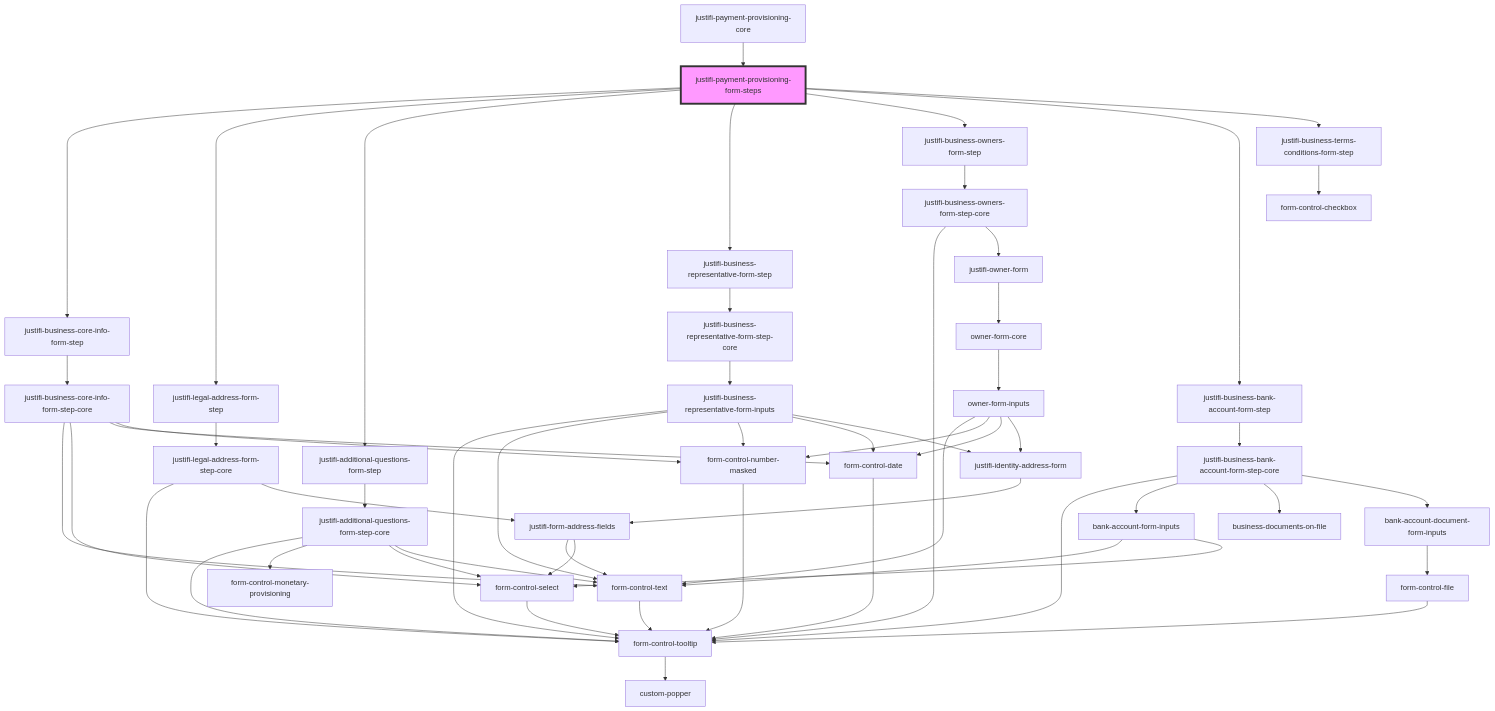
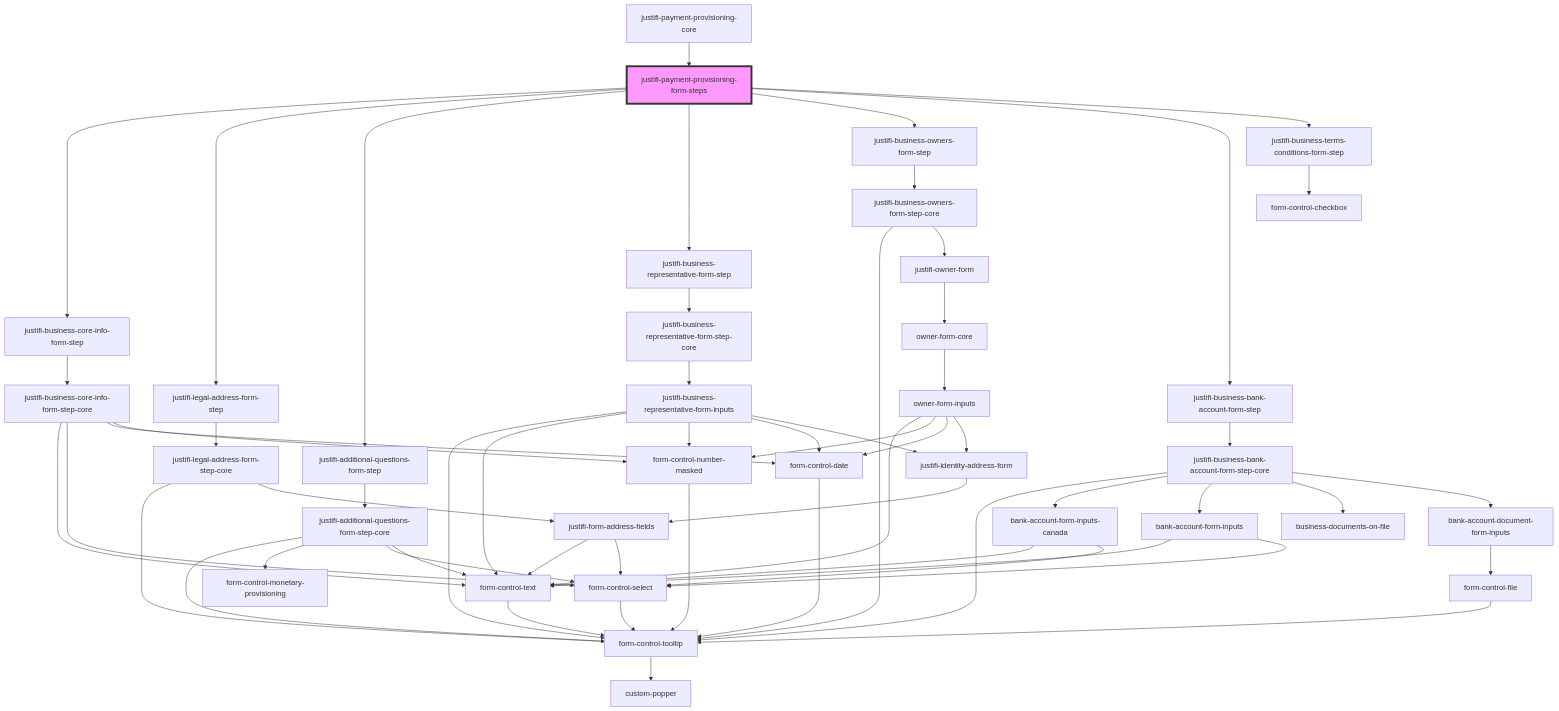
The diagram in packages/webcomponents/src/components/business-forms/payment-provisioning/readme.md (justifi-tech/web-component-library), drawn with Mermaid before and after one commit. The commit also changed 4 other files, not shown here.

Commit message:
refactor(payment-provisioning): enhance bank account schemas by adding country property and updating validation rules for optional fields

````diff
--- a/packages/webcomponents/src/components/business-forms/payment-provisioning/readme.md
+++ b/packages/webcomponents/src/components/business-forms/payment-provisioning/readme.md
@@ -36,59 +36,62 @@
 ```mermaid
 graph TD;
   justifi-payment-provisioning-form-steps --> justifi-business-core-info-form-step
   justifi-payment-provisioning-form-steps --> justifi-legal-address-form-step
   justifi-payment-provisioning-form-steps --> justifi-additional-questions-form-step
   justifi-payment-provisioning-form-steps --> justifi-business-representative-form-step
   justifi-payment-provisioning-form-steps --> justifi-business-owners-form-step
   justifi-payment-provisioning-form-steps --> justifi-business-bank-account-form-step
   justifi-payment-provisioning-form-steps --> justifi-business-terms-conditions-form-step
   justifi-business-core-info-form-step --> justifi-business-core-info-form-step-core
   justifi-business-core-info-form-step-core --> form-control-text
   justifi-business-core-info-form-step-core --> form-control-select
   justifi-business-core-info-form-step-core --> form-control-date
   justifi-business-core-info-form-step-core --> form-control-number-masked
   form-control-text --> form-control-tooltip
   form-control-tooltip --> custom-popper
   form-control-select --> form-control-tooltip
   form-control-date --> form-control-tooltip
   form-control-number-masked --> form-control-tooltip
   justifi-legal-address-form-step --> justifi-legal-address-form-step-core
   justifi-legal-address-form-step-core --> form-control-tooltip
   justifi-legal-address-form-step-core --> justifi-form-address-fields
   justifi-form-address-fields --> form-control-text
   justifi-form-address-fields --> form-control-select
   justifi-additional-questions-form-step --> justifi-additional-questions-form-step-core
   justifi-additional-questions-form-step-core --> form-control-tooltip
   justifi-additional-questions-form-step-core --> form-control-monetary-provisioning
   justifi-additional-questions-form-step-core --> form-control-select
   justifi-additional-questions-form-step-core --> form-control-text
   justifi-business-representative-form-step --> justifi-business-representative-form-step-core
   justifi-business-representative-form-step-core --> justifi-business-representative-form-inputs
   justifi-business-representative-form-inputs --> form-control-tooltip
   justifi-business-representative-form-inputs --> form-control-text
   justifi-business-representative-form-inputs --> form-control-number-masked
   justifi-business-representative-form-inputs --> form-control-date
   justifi-business-representative-form-inputs --> justifi-identity-address-form
   justifi-identity-address-form --> justifi-form-address-fields
   justifi-business-owners-form-step --> justifi-business-owners-form-step-core
   justifi-business-owners-form-step-core --> form-control-tooltip
   justifi-business-owners-form-step-core --> justifi-owner-form
   justifi-owner-form --> owner-form-core
   owner-form-core --> owner-form-inputs
   owner-form-inputs --> form-control-text
   owner-form-inputs --> form-control-number-masked
   owner-form-inputs --> form-control-date
   owner-form-inputs --> justifi-identity-address-form
   justifi-business-bank-account-form-step --> justifi-business-bank-account-form-step-core
   justifi-business-bank-account-form-step-core --> form-control-tooltip
+  justifi-business-bank-account-form-step-core --> bank-account-form-inputs-canada
   justifi-business-bank-account-form-step-core --> bank-account-form-inputs
   justifi-business-bank-account-form-step-core --> business-documents-on-file
   justifi-business-bank-account-form-step-core --> bank-account-document-form-inputs
+  bank-account-form-inputs-canada --> form-control-text
+  bank-account-form-inputs-canada --> form-control-select
   bank-account-form-inputs --> form-control-text
   bank-account-form-inputs --> form-control-select
   bank-account-document-form-inputs --> form-control-file
   form-control-file --> form-control-tooltip
   justifi-business-terms-conditions-form-step --> form-control-checkbox
   justifi-payment-provisioning-core --> justifi-payment-provisioning-form-steps
   style justifi-payment-provisioning-form-steps fill:#f9f,stroke:#333,stroke-width:4px
 ```
````
